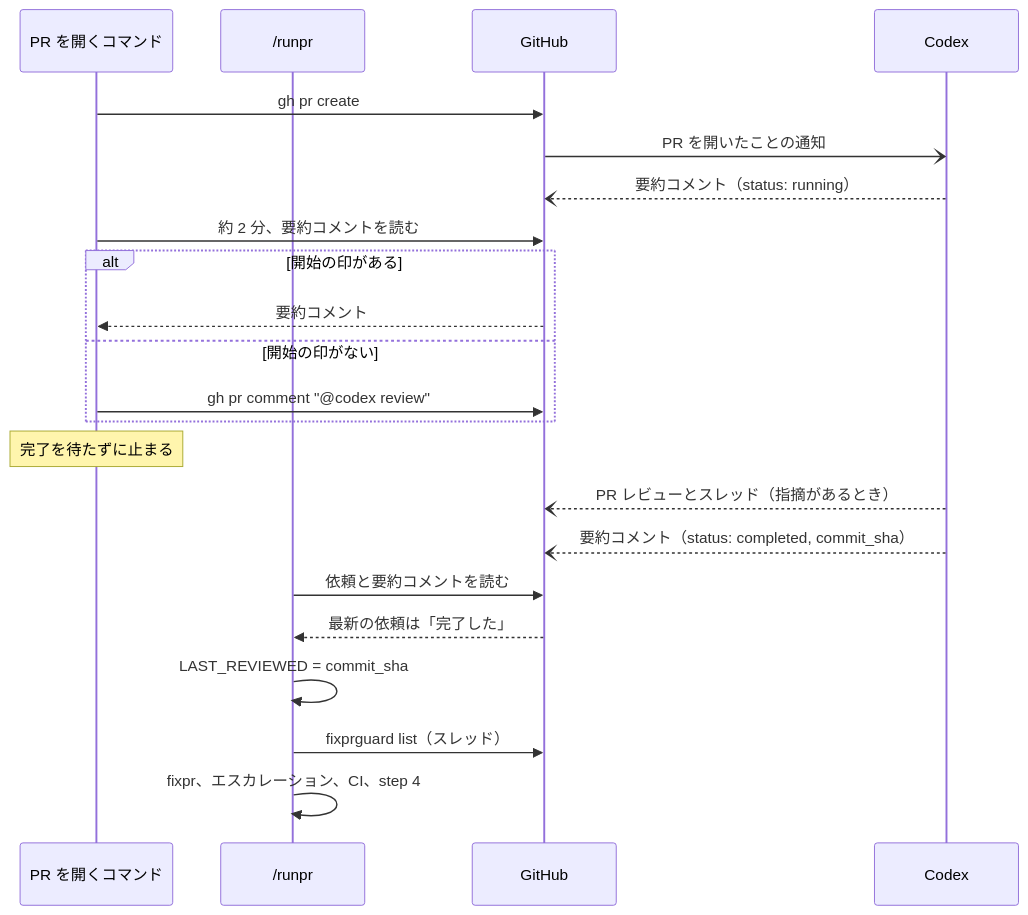
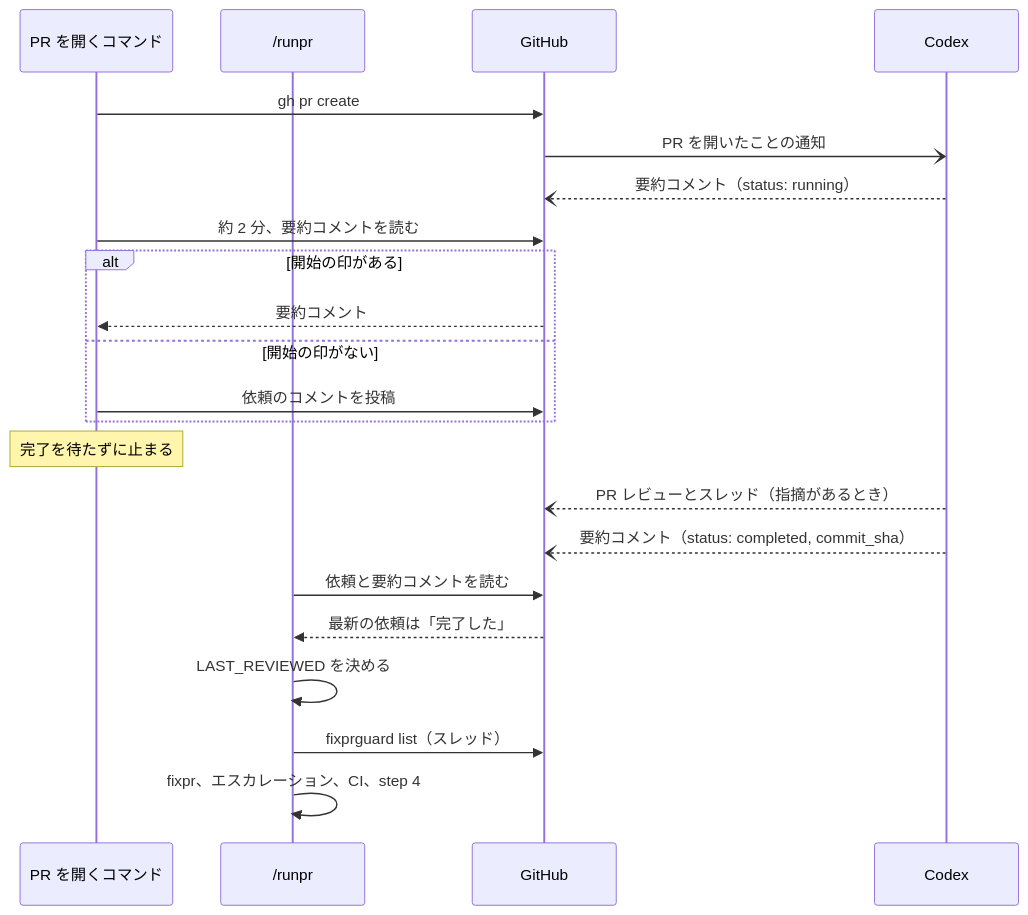
The fourth of 7 diagrams in docs/tasks/0031_codex_pr_review/02_architecture.md (isseis/yt2column), drawn with Mermaid before and after one commit. The commit also changed other lines of this file and 1 other file, not shown here.

First line of the commit message:
docs(0031): address design review and widen the requested commit in AC-10

````diff
--- a/docs/tasks/0031_codex_pr_review/02_architecture.md
+++ b/docs/tasks/0031_codex_pr_review/02_architecture.md
@@ -233,25 +245,25 @@
 ```mermaid
 sequenceDiagram
     participant H as PR を開くコマンド
     participant R as /runpr
     participant G as GitHub
     participant C as Codex
 
     H->>G: gh pr create
     G-)C: PR を開いたことの通知
     C--)G: 要約コメント（status: running）
     H->>G: 約 2 分、要約コメントを読む
     alt 開始の印がある
         G-->>H: 要約コメント
     else 開始の印がない
-        H->>G: gh pr comment "@codex review"
+        H->>G: 依頼のコメントを投稿
     end
     Note over H: 完了を待たずに止まる
     C--)G: PR レビューとスレッド（指摘があるとき）
     C--)G: 要約コメント（status: completed, commit_sha）
     R->>G: 依頼と要約コメントを読む
     G-->>R: 最新の依頼は「完了した」
-    R->>R: LAST_REVIEWED = commit_sha
+    R->>R: LAST_REVIEWED を決める
     R->>G: fixprguard list（スレッド）
     R->>R: fixpr、エスカレーション、CI、step 4
 ```
````
